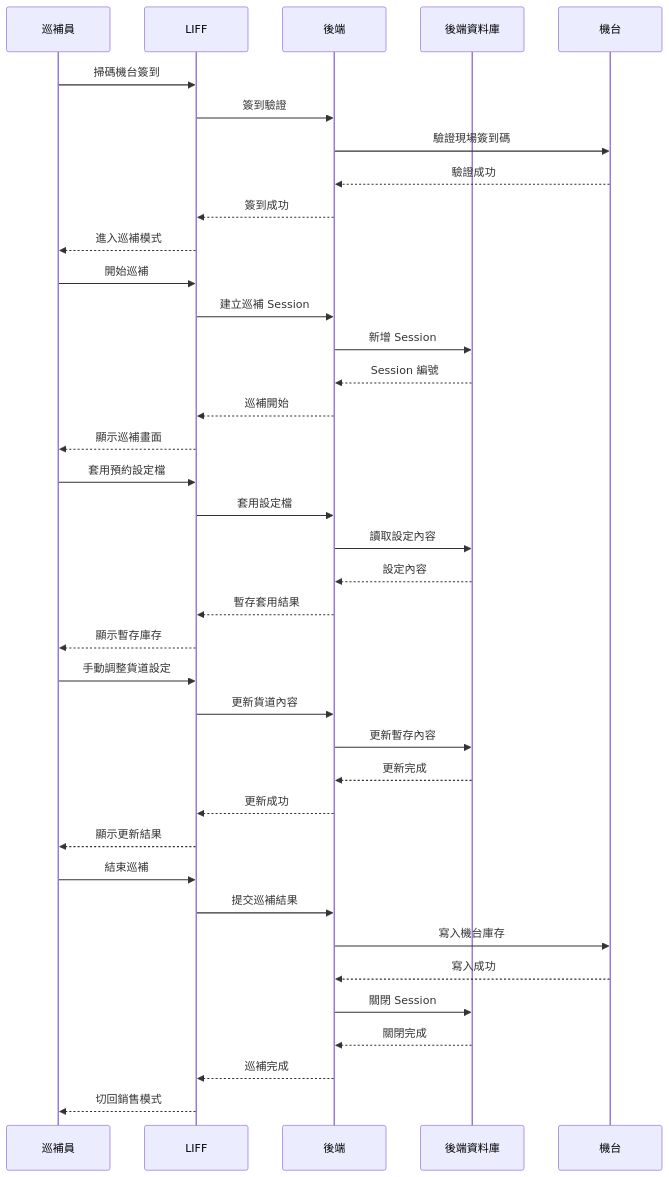
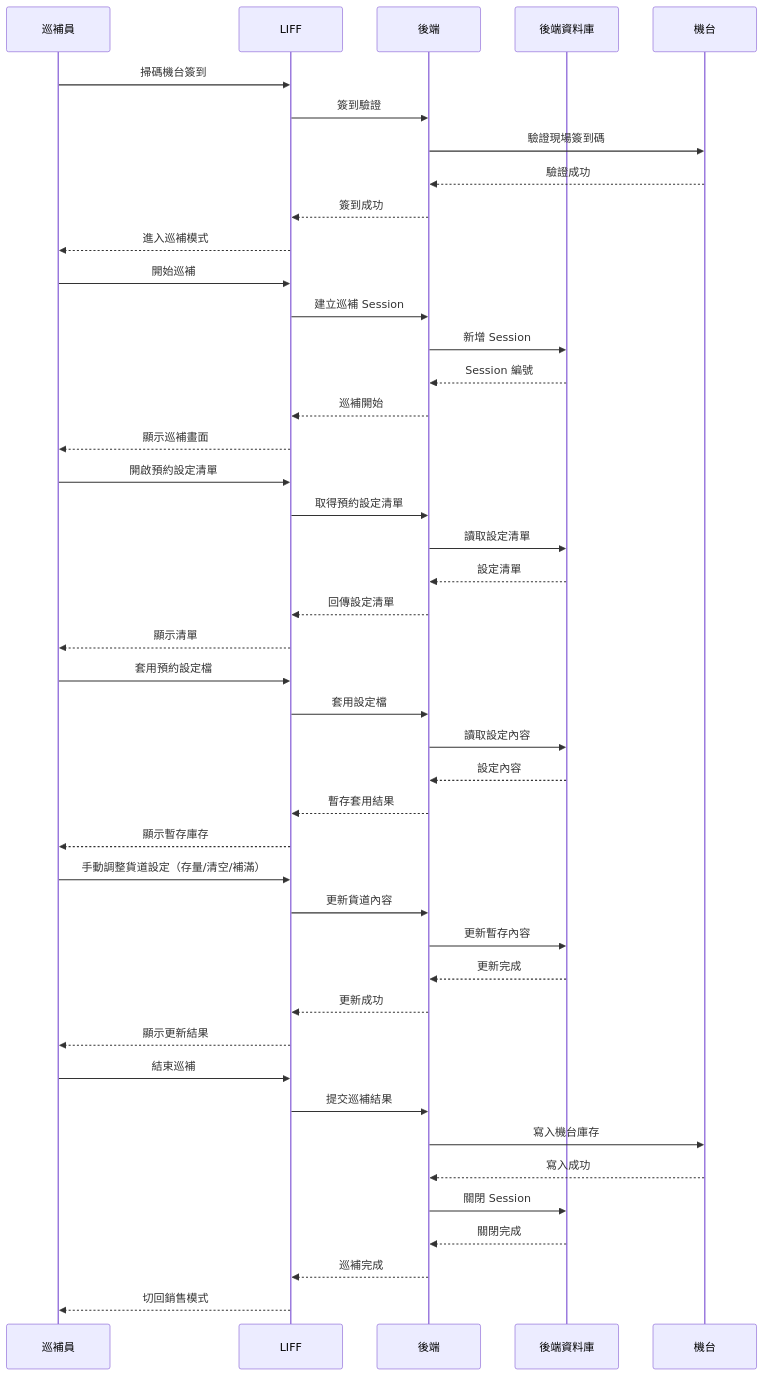
The diagram in docs/flows/replenisher-replenish.mmd (mozohu/zgovend), drawn with Mermaid before and after one commit. The commit also changed 15 other files, not shown here.

```diff
--- a/docs/flows/replenisher-replenish.mmd
+++ b/docs/flows/replenisher-replenish.mmd
@@ -1,43 +1,50 @@
 sequenceDiagram
   participant R as 巡補員
   participant L as LIFF
   participant B as 後端
   participant D as 後端資料庫
   participant M as 機台
 
   R->>L: 掃碼機台簽到
   L->>B: 簽到驗證
   B->>M: 驗證現場簽到碼
   M-->>B: 驗證成功
   B-->>L: 簽到成功
   L-->>R: 進入巡補模式
 
   R->>L: 開始巡補
   L->>B: 建立巡補 Session
   B->>D: 新增 Session
   D-->>B: Session 編號
   B-->>L: 巡補開始
   L-->>R: 顯示巡補畫面
 
+  R->>L: 開啟預約設定清單
+  L->>B: 取得預約設定清單
+  B->>D: 讀取設定清單
+  D-->>B: 設定清單
+  B-->>L: 回傳設定清單
+  L-->>R: 顯示清單
+
   R->>L: 套用預約設定檔
   L->>B: 套用設定檔
   B->>D: 讀取設定內容
   D-->>B: 設定內容
   B-->>L: 暫存套用結果
   L-->>R: 顯示暫存庫存
 
-  R->>L: 手動調整貨道設定
+  R->>L: 手動調整貨道設定（存量/清空/補滿）
   L->>B: 更新貨道內容
   B->>D: 更新暫存內容
   D-->>B: 更新完成
   B-->>L: 更新成功
   L-->>R: 顯示更新結果
 
   R->>L: 結束巡補
   L->>B: 提交巡補結果
   B->>M: 寫入機台庫存
   M-->>B: 寫入成功
   B->>D: 關閉 Session
   D-->>B: 關閉完成
   B-->>L: 巡補完成
   L-->>R: 切回銷售模式
```
